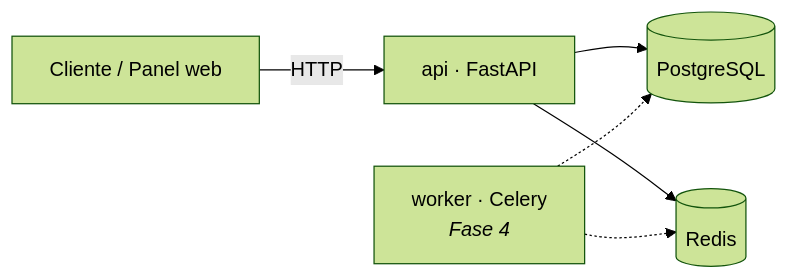
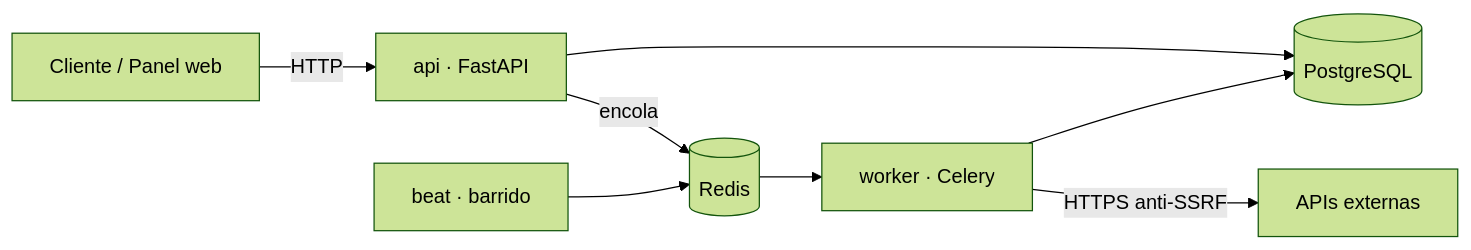
One commit to JuanSGarciaC/nexusflow changed the diagram in README.md. Above: the diagram before and after it, drawn with Mermaid (forest theme). The commit also changed other lines of this file and 34 other files, not shown here.

First line of the commit message:
feat(engine): motor de ejecución con Celery y cliente HTTP seguro (Fase 4)

````diff
--- a/README.md
+++ b/README.md
@@ -46,8 +48,10 @@
 ```mermaid
 flowchart LR
     client[Cliente / Panel web] -->|HTTP| api[api · FastAPI]
     api --> pg[(PostgreSQL)]
-    api --> redis[(Redis)]
-    worker[worker · Celery<br/><i>Fase 4</i>] -.-> pg
-    worker -.-> redis
+    api -->|encola| redis[(Redis)]
+    redis --> worker[worker · Celery]
+    worker --> pg
+    worker -->|HTTPS anti-SSRF| ext[APIs externas]
+    beat[beat · barrido] --> redis
 ```
````
